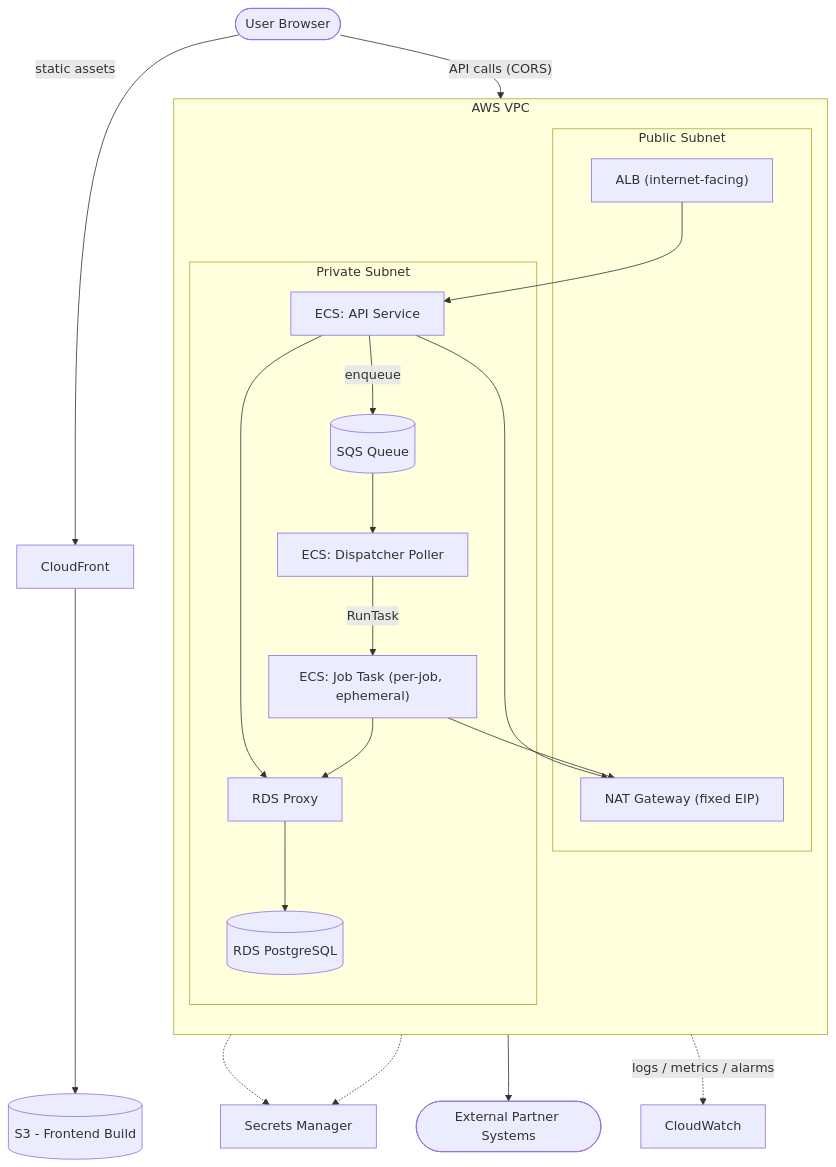
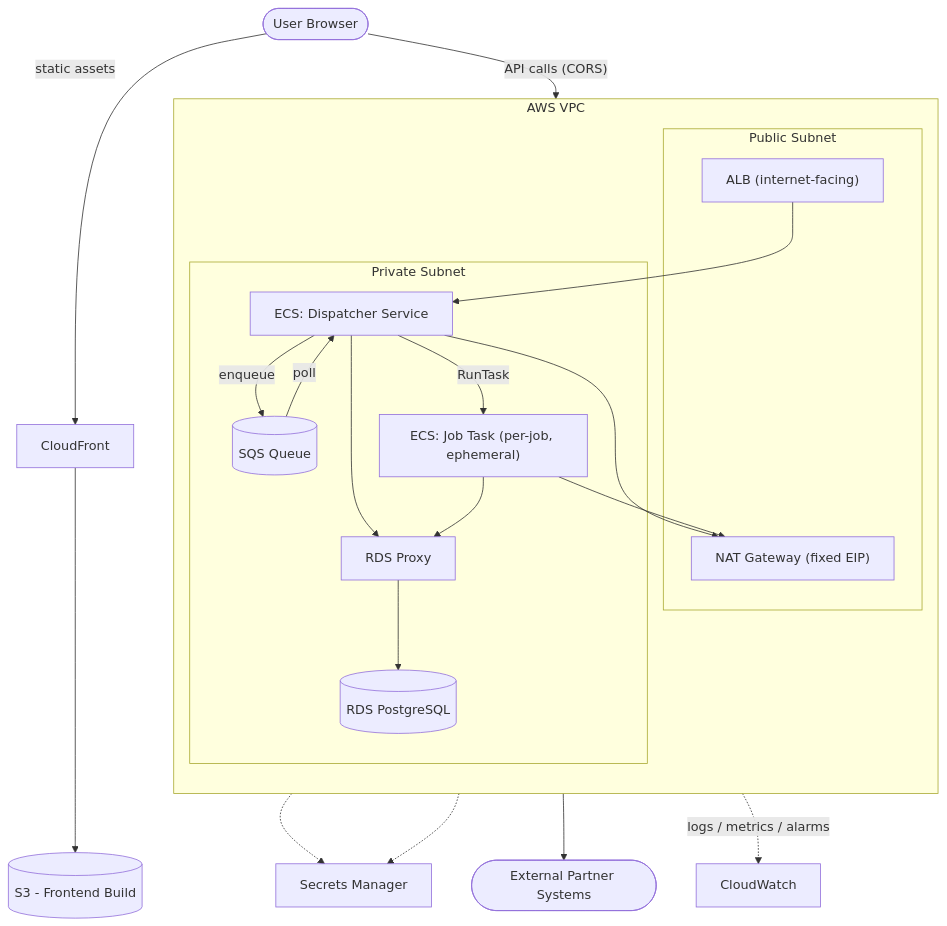
The diagram in docs/arch-migration-proposal.md (SamirMarin/demo-react-python-service), drawn with Mermaid before and after one commit. The commit also changed other lines of this file, not shown here.

Commit message:
Update diagram single service for python

````diff
--- a/docs/arch-migration-proposal.md
+++ b/docs/arch-migration-proposal.md
@@ -13,45 +13,44 @@
 ```mermaid
 flowchart TB
     Browser(["User Browser"])
 
     CF["CloudFront"]
     S3F[("S3 - Frontend Build")]
 
     subgraph VPC["AWS VPC"]
         direction TB
         subgraph Public["Public Subnet"]
             ALB["ALB (internet-facing)"]
             NAT["NAT Gateway (fixed EIP)"]
         end
         subgraph Private["Private Subnet"]
-            API["ECS: API Service"]
-            Poller["ECS: Dispatcher Poller"]
+            Dispatcher["ECS: Dispatcher Service"]
             Job["ECS: Job Task (per-job, ephemeral)"]
             SQS[("SQS Queue")]
             Proxy["RDS Proxy"]
             RDS[("RDS PostgreSQL")]
         end
     end
 
     Secrets["Secrets Manager"]
     CW["CloudWatch"]
     Partner(["External Partner Systems"])
 
     Browser -- static assets --> CF
     CF --> S3F
     Browser -- "API calls (CORS)" --> ALB
-    ALB --> API
-    API -- enqueue --> SQS
-    SQS --> Poller
-    Poller -- RunTask --> Job
-    API --> Proxy
+    ALB --> Dispatcher
+    Dispatcher -- enqueue --> SQS
+    SQS -- poll --> Dispatcher
+    Dispatcher -- RunTask --> Job
+    Dispatcher --> Proxy
     Job --> Proxy
     Proxy --> RDS
-    API -.-> Secrets
+    Dispatcher -.-> Secrets
     Job -.-> Secrets
-    API --> NAT
+    Dispatcher --> NAT
     NAT --> Partner
     Job --> NAT
 
     VPC -.->|logs / metrics / alarms| CW
 ```
````
